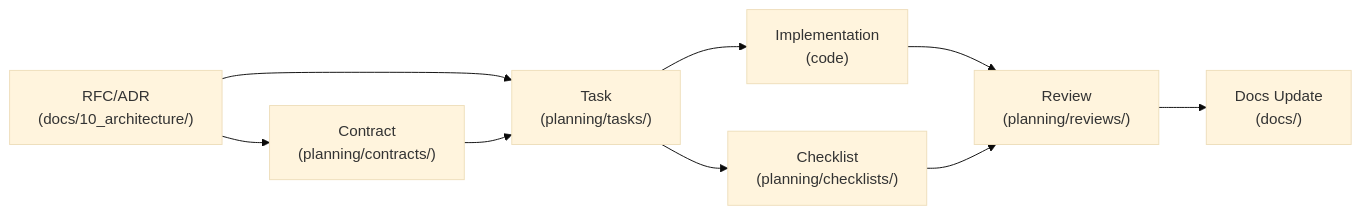
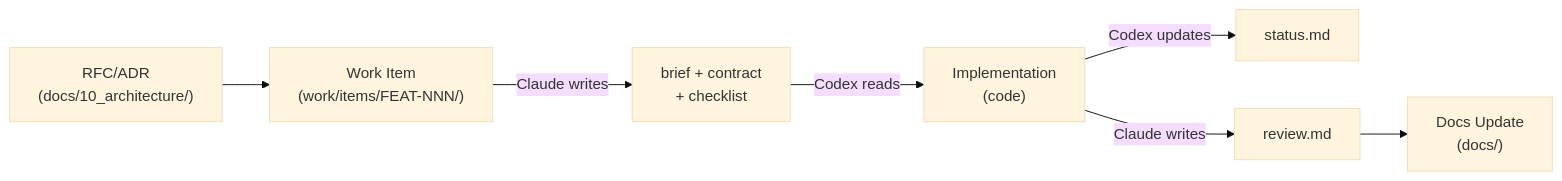
One commit to aanna0701/claude-useful-instructions changed the diagram in skills/diataxis-doc-system/references/site-architecture.md. Above: the diagram before and after it, drawn with Mermaid (base theme). The commit also changed other lines of this file and 7 other files, not shown here.

First line of the commit message:
feat: add Work Item bundle as multi-agent coordination layer

````diff
--- a/skills/diataxis-doc-system/references/site-architecture.md
+++ b/skills/diataxis-doc-system/references/site-architecture.md
@@ -254,11 +261,9 @@
 ```mermaid
 flowchart LR
-    RFC["RFC/ADR<br/>(docs/10_architecture/)"] --> Contract["Contract<br/>(planning/contracts/)"]
-    RFC --> Task["Task<br/>(planning/tasks/)"]
-    Contract --> Task
-    Task --> Checklist["Checklist<br/>(planning/checklists/)"]
-    Task --> Impl["Implementation<br/>(code)"]
-    Impl --> Review["Review<br/>(planning/reviews/)"]
-    Checklist --> Review
+    RFC["RFC/ADR<br/>(docs/10_architecture/)"] --> WI["Work Item<br/>(work/items/FEAT-NNN/)"]
+    WI --> |"Claude writes"| B["brief + contract<br/>+ checklist"]
+    B --> |"Codex reads"| Impl["Implementation<br/>(code)"]
+    Impl --> |"Codex updates"| Status["status.md"]
+    Impl --> |"Claude writes"| Review["review.md"]
     Review --> Docs["Docs Update<br/>(docs/)"]
 ```
````
